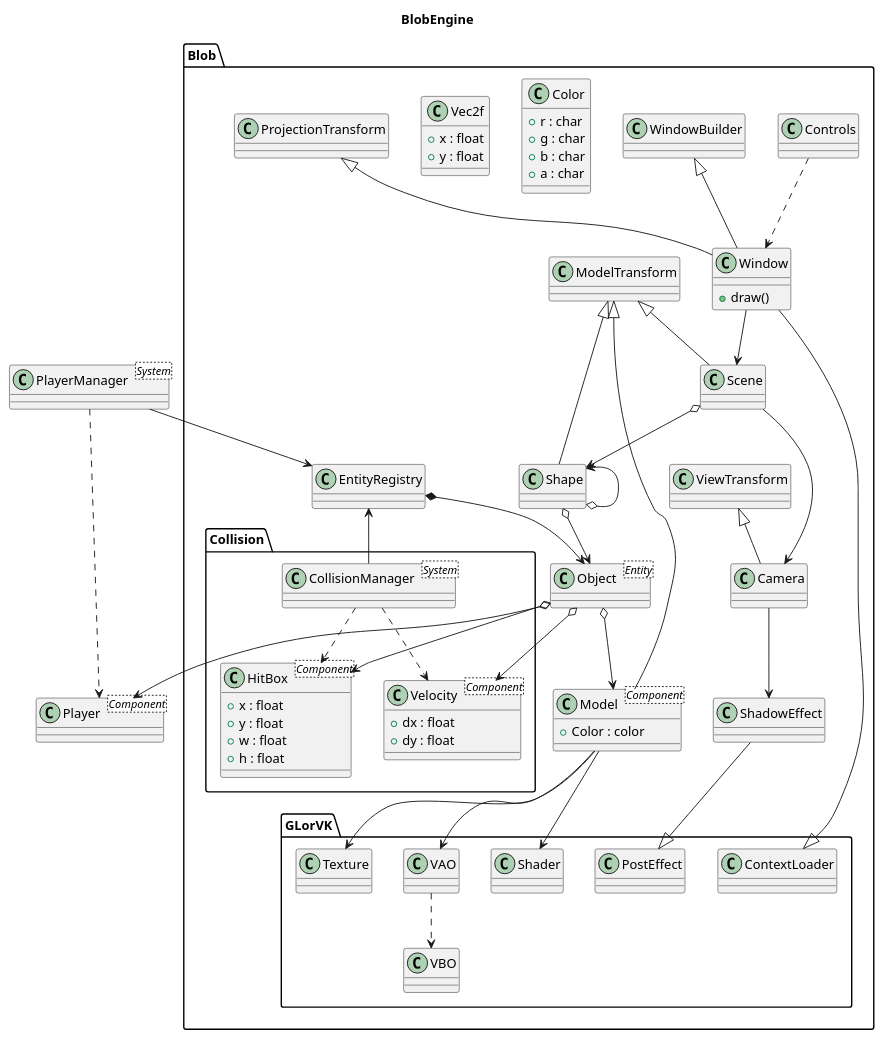
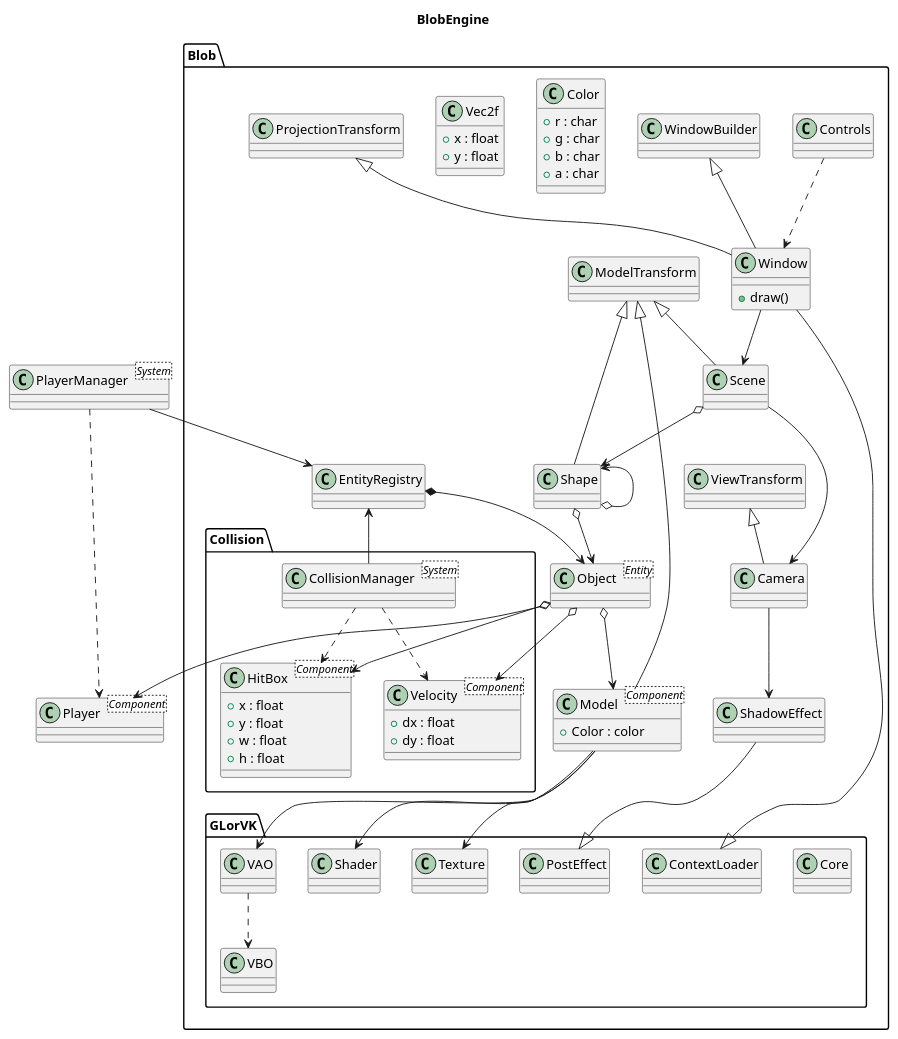
The diagram in include/Blob/UML.puml (alexdesaint/BlobEngine), drawn with PlantUML before and after one commit. The commit also changed 7 other files, not shown here.

```diff
--- a/include/Blob/UML.puml
+++ b/include/Blob/UML.puml
@@ -1,119 +1,119 @@
 @startuml
 title BlobEngine
 
 namespace Blob {
 
     class Object <Entity> {
     }
 
     class WindowBuilder {
 
     }
 
     WindowBuilder <|-- Window
 
     Object o--> Model
 
     EntityRegistry *--> Object
 
     ModelTransform <|-- Shape
     ModelTransform <|-- Scene
     ModelTransform <|-- Model
 
     ViewTransform <|-- Camera
 
     Camera --> ShadowEffect
 
     ProjectionTransform <|-- Window
 
     class Window {
       + draw()
     }
 
     Window --> Scene
 
     class Model <Component> {
         + Color : color
     }
 
     namespace GLorVK {
-        class ContextLoader {
+        class Core {
         }
 
         ContextLoader <|-- Blob.Window
 
         Blob.Model --> VAO
         Blob.Model --> Texture
         Blob.Model --> Shader
         VAO ..> VBO
 
         class PostEffect {
 
         }
 
         Blob.ShadowEffect --|> PostEffect
     }
 
     Shape o-up-> Shape
     Shape o--> Object
 
     Scene -right-> Camera
     Scene o--> Shape
 
     namespace Collision {
         CollisionManager --> Blob.EntityRegistry
         CollisionManager ..> HitBox
         CollisionManager ..> Velocity
 
 
         Blob.Object o--> Velocity
         Blob.Object o--> HitBox
 
         class CollisionManager <System> {
 
         }
 
         class HitBox <Component> {
             + x : float
             + y : float
             + w : float
             + h : float
         }
         class Velocity <Component> {
             + dx : float
             + dy : float
         }
     }
 
     class Color {
         +r : char
         +g : char
         +b : char
         +a : char
     }
 
     class Vec2f {
         + x : float
         + y : float
     }
 
     class Controls {
 
     }
 
     Controls ..> Window
 }
 
 class Player <Component> {
 
 }
 
 class PlayerManager <System> {
 
 }
 
 PlayerManager ..> Player
 PlayerManager --> Blob.EntityRegistry
 
 Blob.Object o--> Player
 @enduml
```
